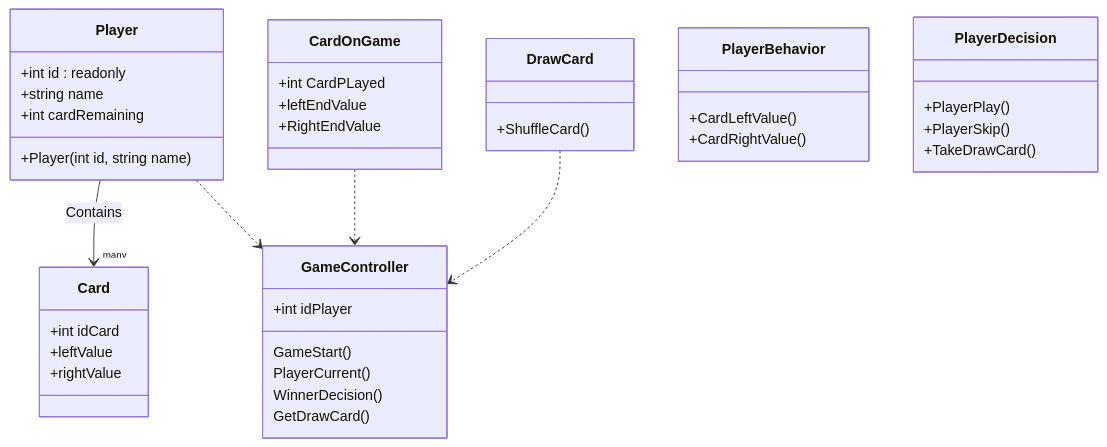
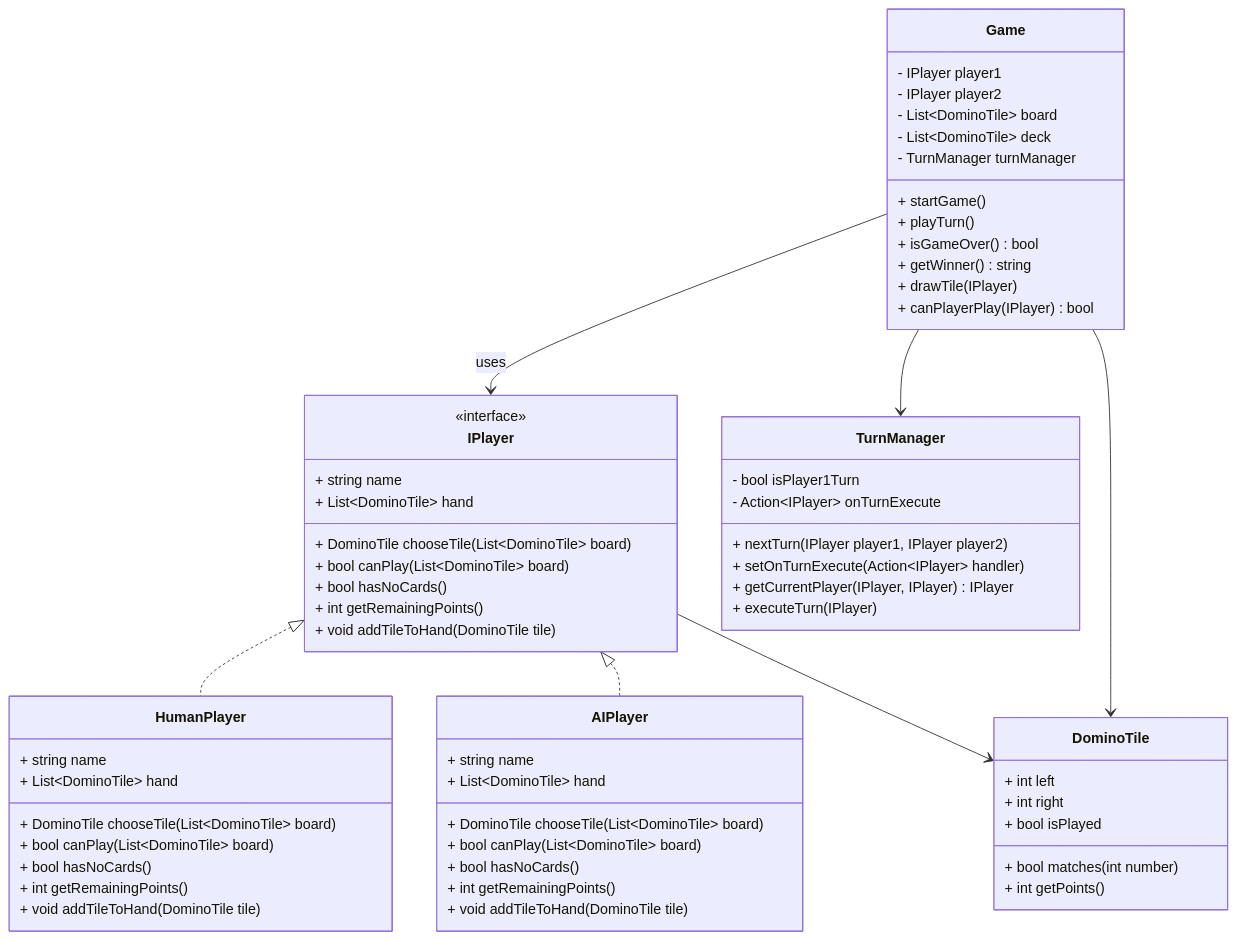
The diagram in Day6/DiagramClassProject/Domino.mmd (RavenFajar/bootCamp13), drawn with Mermaid before and after one commit.

```diff
--- a/Day6/DiagramClassProject/Domino.mmd
+++ b/Day6/DiagramClassProject/Domino.mmd
@@ -1,42 +1,70 @@
 classDiagram
 
-    Player --> "many" Card : Contains
-    Player ..> GameController
-    CardOnGame..> GameController
-    DrawCard ..> GameController
-   class Card{
-    +int idCard
-    +leftValue
-    +rightValue
-    
-   }
-    class Player{
-        +int id : readonly
-        +string name
-        +int cardRemaining
-        +Player(int id, string name)
-    }
-    class PlayerBehavior{
-        +CardLeftValue()
-        +CardRightValue()
-    }
-    class PlayerDecision{
-        +PlayerPlay()
-        +PlayerSkip()
-        +TakeDrawCard()
-    }
-    class GameController{
-        +int idPlayer
-        GameStart()
-        PlayerCurrent()
-        WinnerDecision()
-        GetDrawCard()
-    }
-    class CardOnGame{
-        +int CardPLayed
-        +leftEndValue
-        +RightEndValue
-    }
-    class DrawCard{
-        +ShuffleCard()
-    }
+class Game {
+    - IPlayer player1
+    - IPlayer player2
+    - List~DominoTile~ board
+    - List~DominoTile~ deck
+    - TurnManager turnManager
+    + startGame()
+    + playTurn()
+    + isGameOver() bool
+    + getWinner() string
+    + drawTile(IPlayer)
+    + canPlayerPlay(IPlayer) bool
+}
+
+class IPlayer {
+    <<interface>>
+    + string name
+    + List~DominoTile~ hand
+    + DominoTile chooseTile(List~DominoTile~ board)
+    + bool canPlay(List~DominoTile~ board)
+    + bool hasNoCards() 
+    + int getRemainingPoints()
+    + void addTileToHand(DominoTile tile)
+}
+
+class HumanPlayer {
+    + string name
+    + List~DominoTile~ hand
+    + DominoTile chooseTile(List~DominoTile~ board)
+    + bool canPlay(List~DominoTile~ board)
+    + bool hasNoCards() 
+    + int getRemainingPoints()
+    + void addTileToHand(DominoTile tile)
+}
+
+class AIPlayer {
+    + string name
+    + List~DominoTile~ hand
+    + DominoTile chooseTile(List~DominoTile~ board)
+    + bool canPlay(List~DominoTile~ board)
+    + bool hasNoCards() 
+    + int getRemainingPoints()
+    + void addTileToHand(DominoTile tile)
+}
+
+class DominoTile {
+    + int left
+    + int right
+    + bool isPlayed
+    + bool matches(int number)
+    + int getPoints()
+}
+
+class TurnManager {
+    - bool isPlayer1Turn
+    - Action~IPlayer~ onTurnExecute
+    + nextTurn(IPlayer player1, IPlayer player2)
+    + setOnTurnExecute(Action~IPlayer~ handler)
+    + getCurrentPlayer(IPlayer, IPlayer) IPlayer
+    + executeTurn(IPlayer)
+}
+
+Game --> TurnManager
+Game --> IPlayer : uses
+IPlayer <|.. HumanPlayer
+IPlayer <|.. AIPlayer
+IPlayer --> DominoTile
+Game --> DominoTile
```
